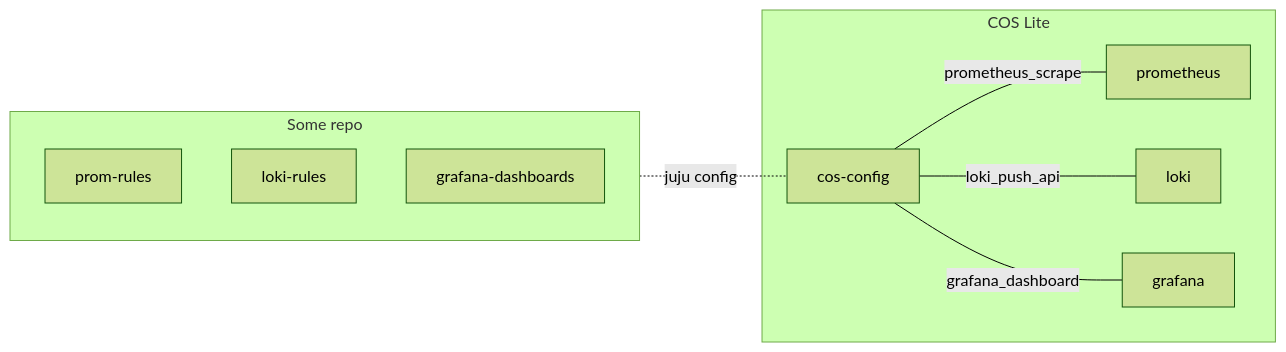
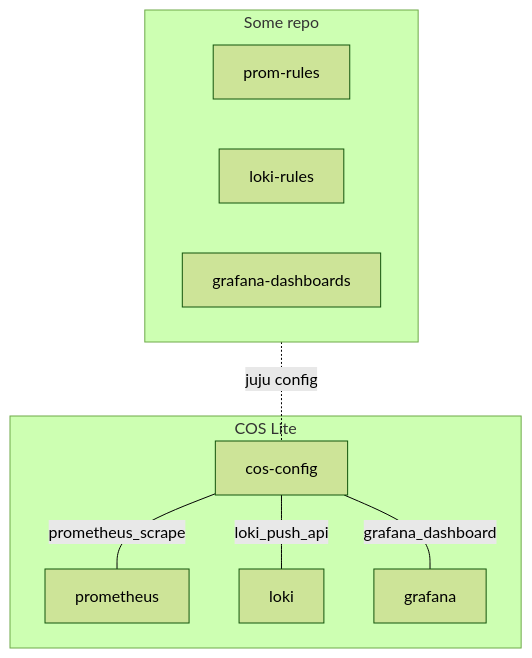
One commit to canonical/cos-configuration-k8s-operator changed the diagram in INTEGRATING.md. Above: the diagram before and after it, drawn with Mermaid (forest theme). The commit also changed 4 other files, not shown here.

````diff
--- a/INTEGRATING.md
+++ b/INTEGRATING.md
@@ -5,21 +5,21 @@
 ```mermaid
-flowchart LR
+flowchart TD
   subgraph repo [Some repo]
     prom-rules
     loki-rules
     grafana-dashboards
   end
 
   repo -.-|juju config| cos-config
 
   subgraph COS Lite
     cos-config ---|prometheus_scrape| prometheus
     cos-config ---|loki_push_api| loki
     cos-config ---|grafana_dashboard| grafana
   end
 
   click prometheus https://github.com/canonical/prometheus-k8s-operator/
   click loki https://github.com/canonical/loki-k8s-operator/
   click grafana https://github.com/canonical/grafana-k8s-operator/
   click prometheus-scrape-config https://github.com/canonical/prometheus-scrape-config-k8s-operator/
 ```
````
